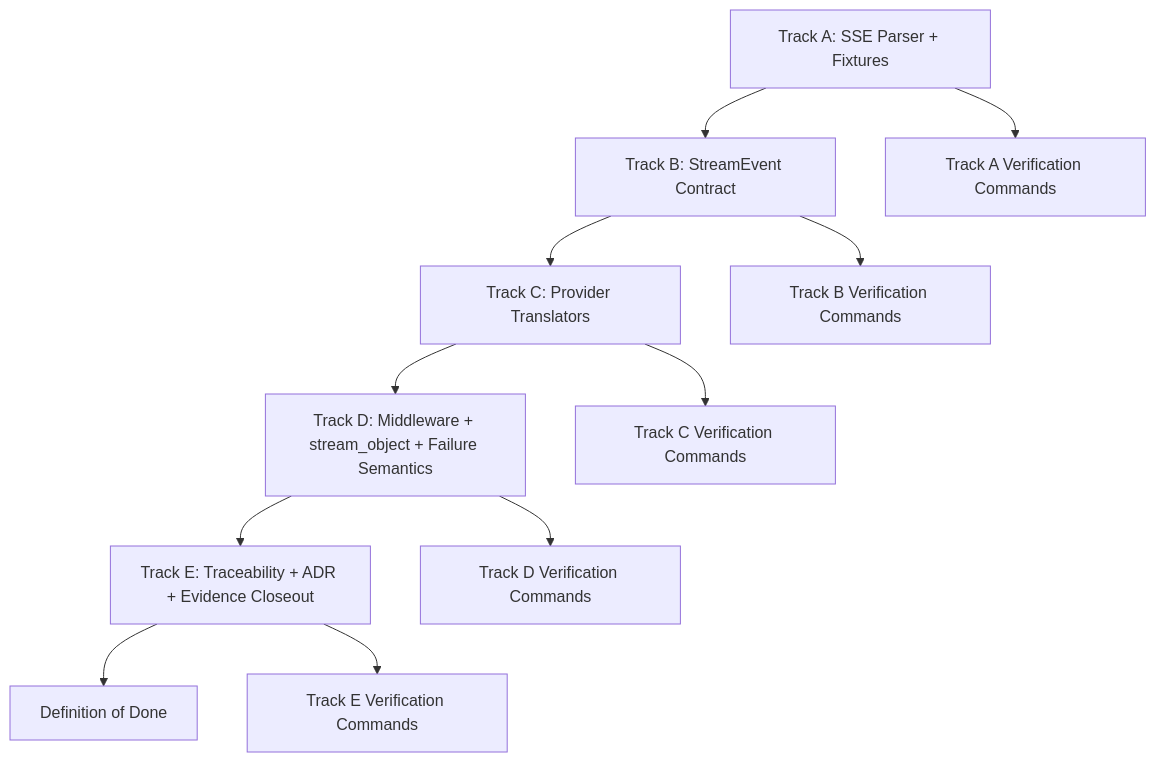
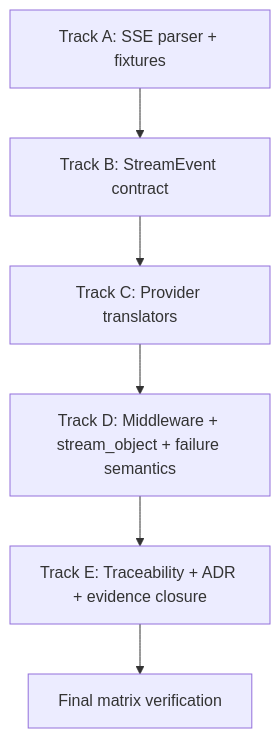
One commit to jaytaylor/attractor-tcl changed the third of 5 diagrams in docs/sprints/SPRINT-005-comprehensive-implementation-plan.md. Above: the diagram before and after it, drawn with Mermaid. The commit also changed other lines of this file, not shown here.

````diff
--- a/docs/sprints/SPRINT-005-comprehensive-implementation-plan.md
+++ b/docs/sprints/SPRINT-005-comprehensive-implementation-plan.md
@@ -1882,14 +1068,8 @@
 ```mermaid
 flowchart TD
-  P0[Track A: SSE Parser + Fixtures] --> P1[Track B: StreamEvent Contract]
-  P1 --> P2[Track C: Provider Translators]
-  P2 --> P3[Track D: Middleware + stream_object + Failure Semantics]
-  P3 --> P4[Track E: Traceability + ADR + Evidence Closeout]
-  P4 --> Done[Definition of Done]
-
-  P0 --> V0[Track A Verification Commands]
-  P1 --> V1[Track B Verification Commands]
-  P2 --> V2[Track C Verification Commands]
-  P3 --> V3[Track D Verification Commands]
-  P4 --> V4[Track E Verification Commands]
+  A[Track A: SSE parser + fixtures] --> B[Track B: StreamEvent contract]
+  B --> C[Track C: Provider translators]
+  C --> D[Track D: Middleware + stream_object + failure semantics]
+  D --> E[Track E: Traceability + ADR + evidence closure]
+  E --> F[Final matrix verification]
 ```
````
